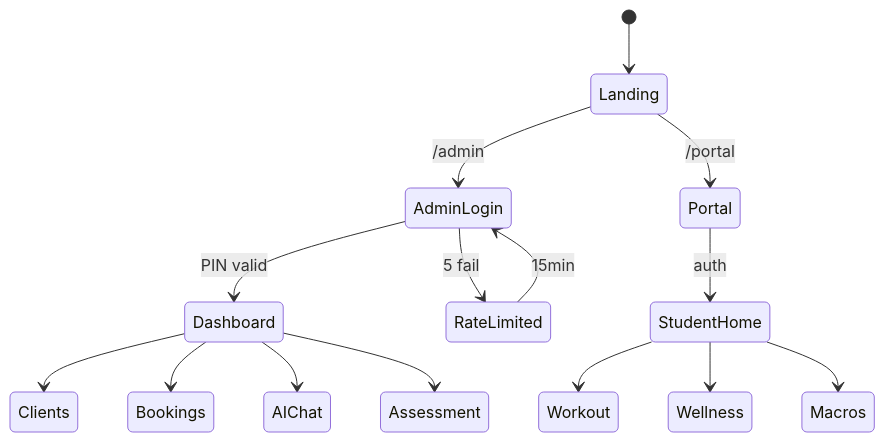
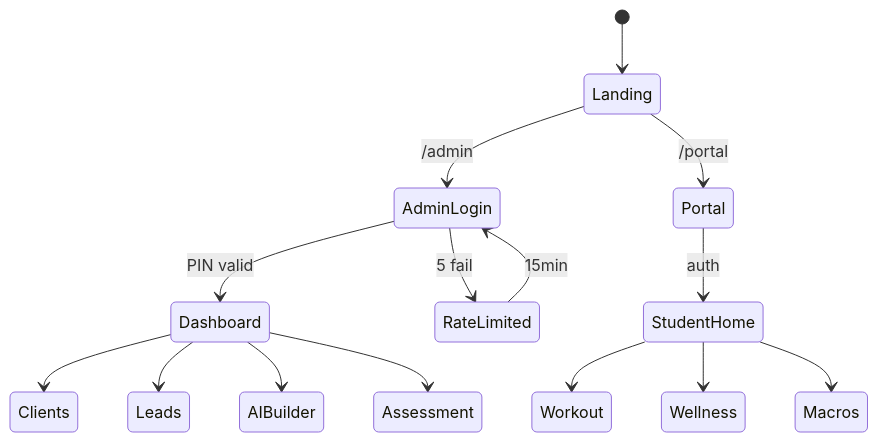
The third of 5 diagrams in .claude/skills/mermaid-diagrams/SKILL.md (No3214/pt), drawn with Mermaid before and after one commit. The commit also changed other lines of this file and 67 other files, not shown here.

````diff
--- a/.claude/skills/mermaid-diagrams/SKILL.md
+++ b/.claude/skills/mermaid-diagrams/SKILL.md
@@ -45,17 +45,17 @@
 ```mermaid
 stateDiagram-v2
     [*] --> Landing
     Landing --> AdminLogin: /admin
     AdminLogin --> Dashboard: PIN valid
     Dashboard --> Clients
-    Dashboard --> Bookings
-    Dashboard --> AIChat
+    Dashboard --> Leads
+    Dashboard --> AIBuilder
     Dashboard --> Assessment
     AdminLogin --> RateLimited: 5 fail
     RateLimited --> AdminLogin: 15min
     Landing --> Portal: /portal
     Portal --> StudentHome: auth
     StudentHome --> Workout
     StudentHome --> Wellness
     StudentHome --> Macros
 ```
````
